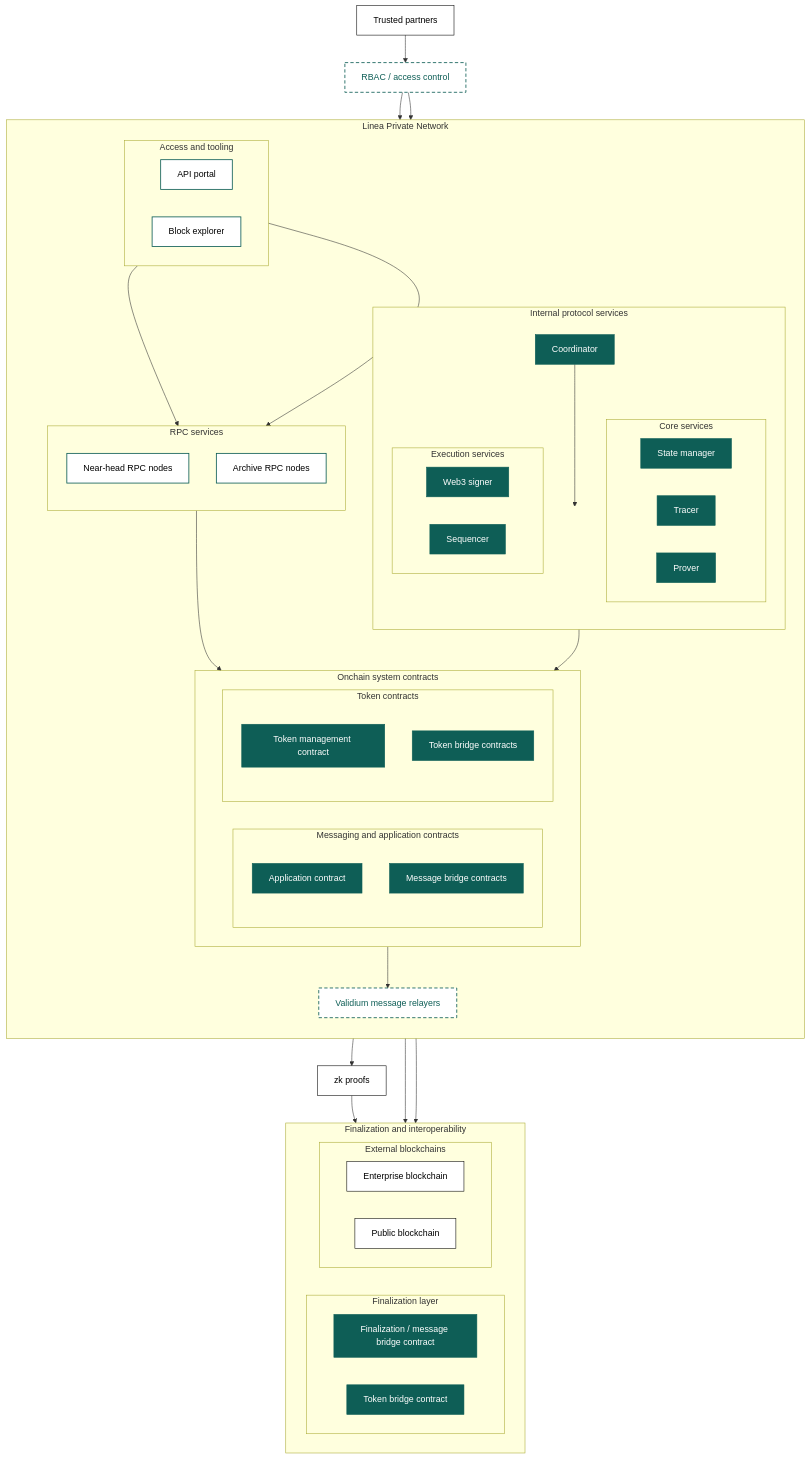
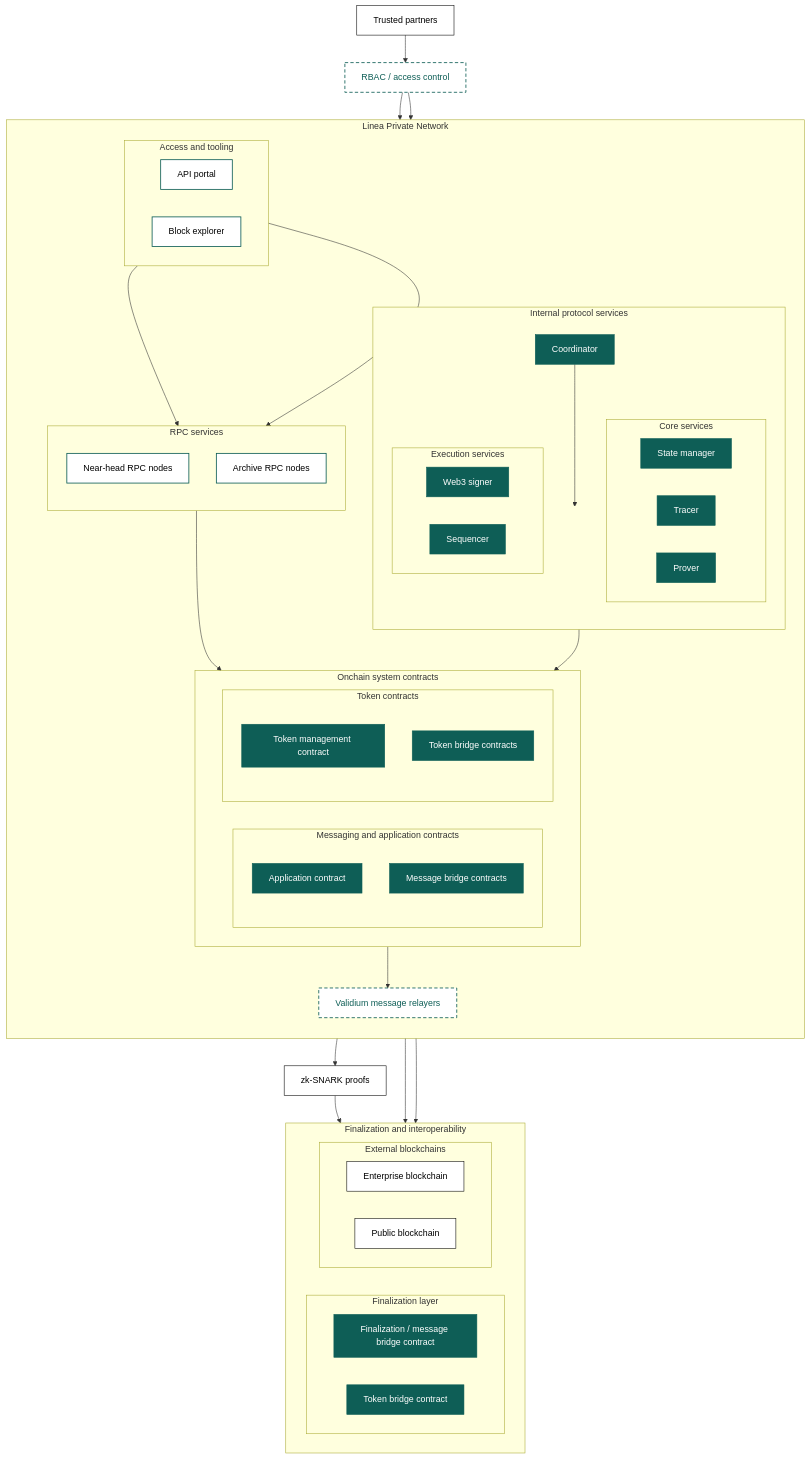
The diagram in docs/stack/how-it-works/deployment-models.mdx (Consensys/doc.linea), drawn with Mermaid before and after one commit. The commit also changed other lines of this file and 7 other files, not shown here.

```diff
--- a/docs/stack/how-it-works/deployment-models.mdx
+++ b/docs/stack/how-it-works/deployment-models.mdx
@@ -200,7 +200,7 @@
 
   %% Proof spine (exit from bottom via anchor)
   Coordinator --> CoordOut
-  CoordOut --> ZKProofs[zk proofs]:::neutral
+  CoordOut --> ZKProofs[zk-SNARK proofs]:::neutral
 
   %% =========================
   %% Bottom row: align finalization layer and external blockchains
```
